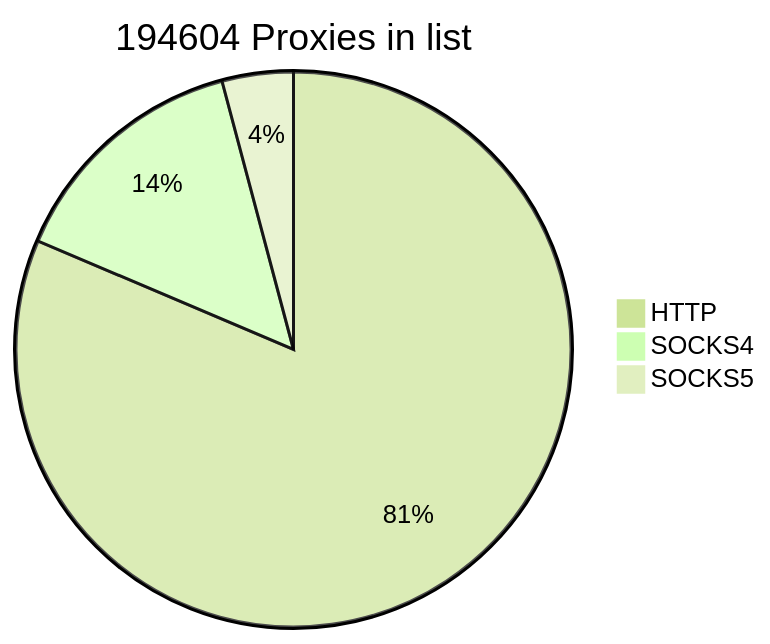
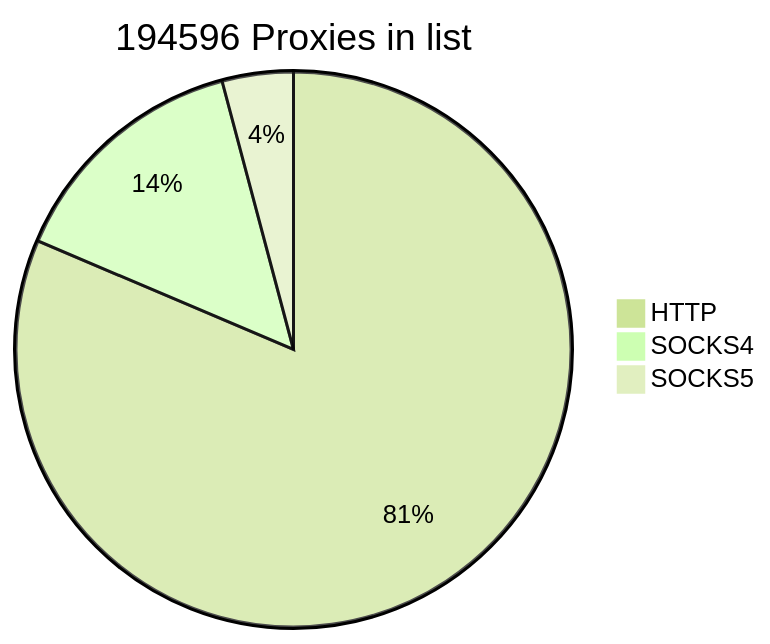
Before and after one commit to cutipu/proxylist: the first of 2 diagrams in README.md, drawn with Mermaid (forest theme). The commit also changed other lines of this file, not shown here.

````diff
--- a/README.md
+++ b/README.md
@@ -2,7 +2,7 @@
 ```mermaid
-pie title 194604 Proxies in list
+pie title 194596 Proxies in list
     "HTTP" : 158388
     "SOCKS4" : 28154
-    "SOCKS5" : 8062
+    "SOCKS5" : 8054
             
 ```
````
